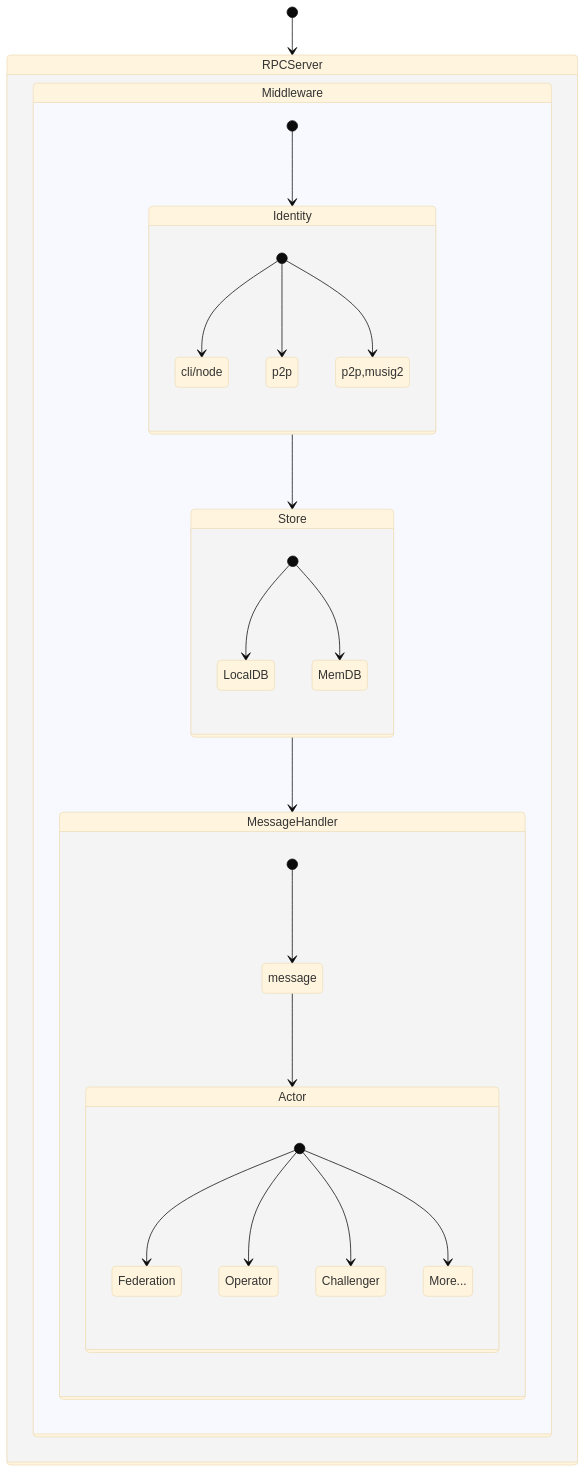
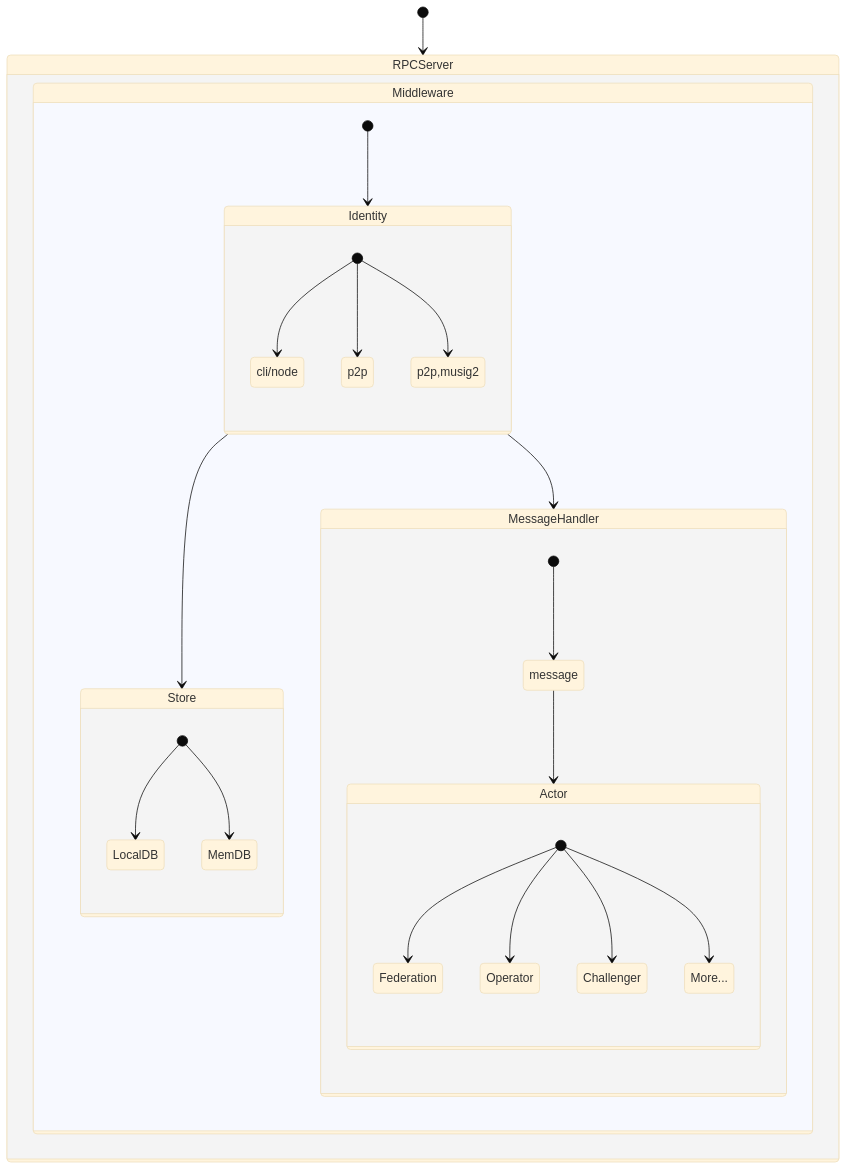
Before and after one commit to GOATNetwork/bitvm2-node: the first of 5 diagrams in README.md, drawn with Mermaid (base theme).

Commit message:
feat: dev alpha version

````diff
--- a/README.md
+++ b/README.md
@@ -6,34 +6,34 @@
 ```mermaid
 stateDiagram-v2
     [*] --> RPCServer 
 
     state RPCServer {
         state Middleware {
             [*] --> Identity 
             Identity --> Store
-            Store --> MessageHandler
+            Identity --> MessageHandler
         }
     }
        
     state MessageHandler {
         [*] --> message 
         message --> Actor 
     }
     state Actor {
         [*] --> Federation 
         [*] --> Operator 
         [*] --> Challenger
         [*] --> More... 
     }
     
     state Identity {
         [*] --> cli/node
         [*] --> p2p
         [*] --> p2p,musig2
     }
 
     state Store {
         [*] --> LocalDB 
         [*] --> MemDB 
 }
 ```
````
